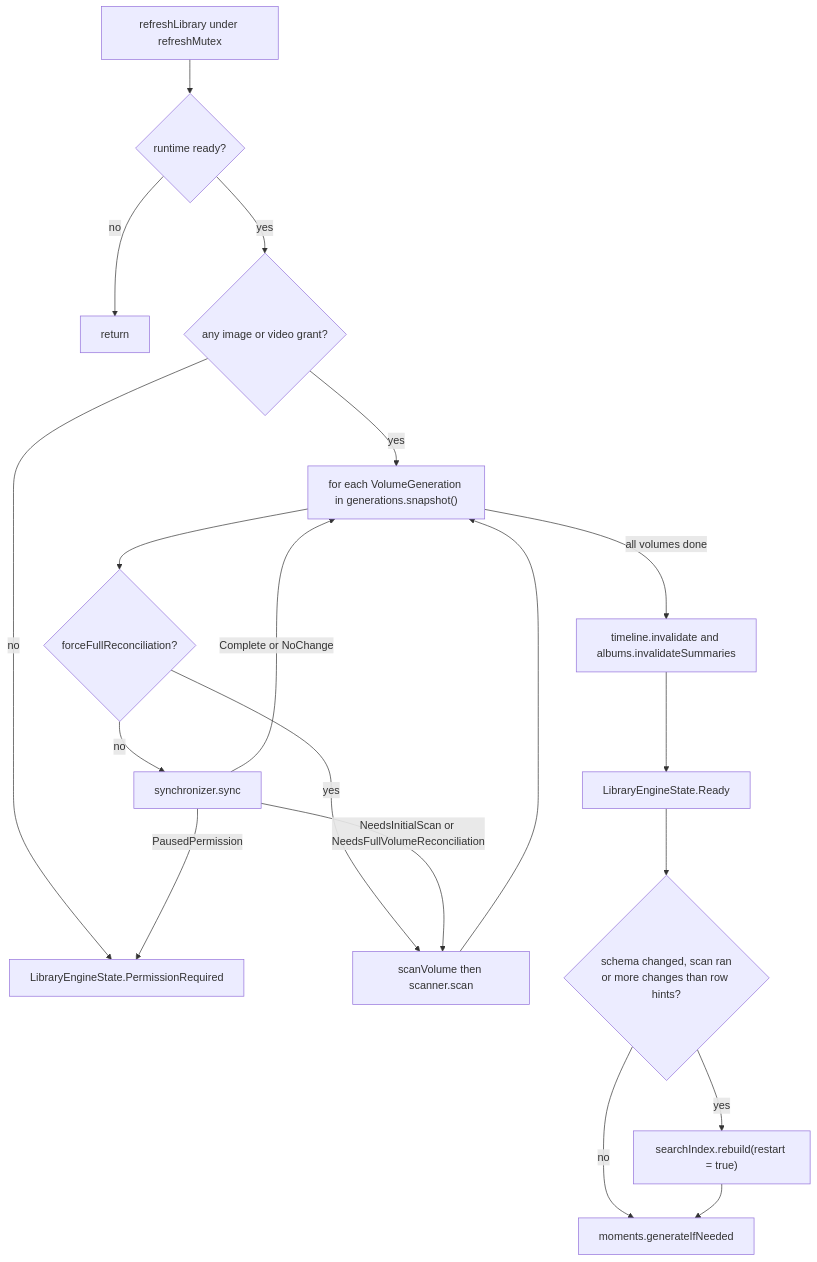
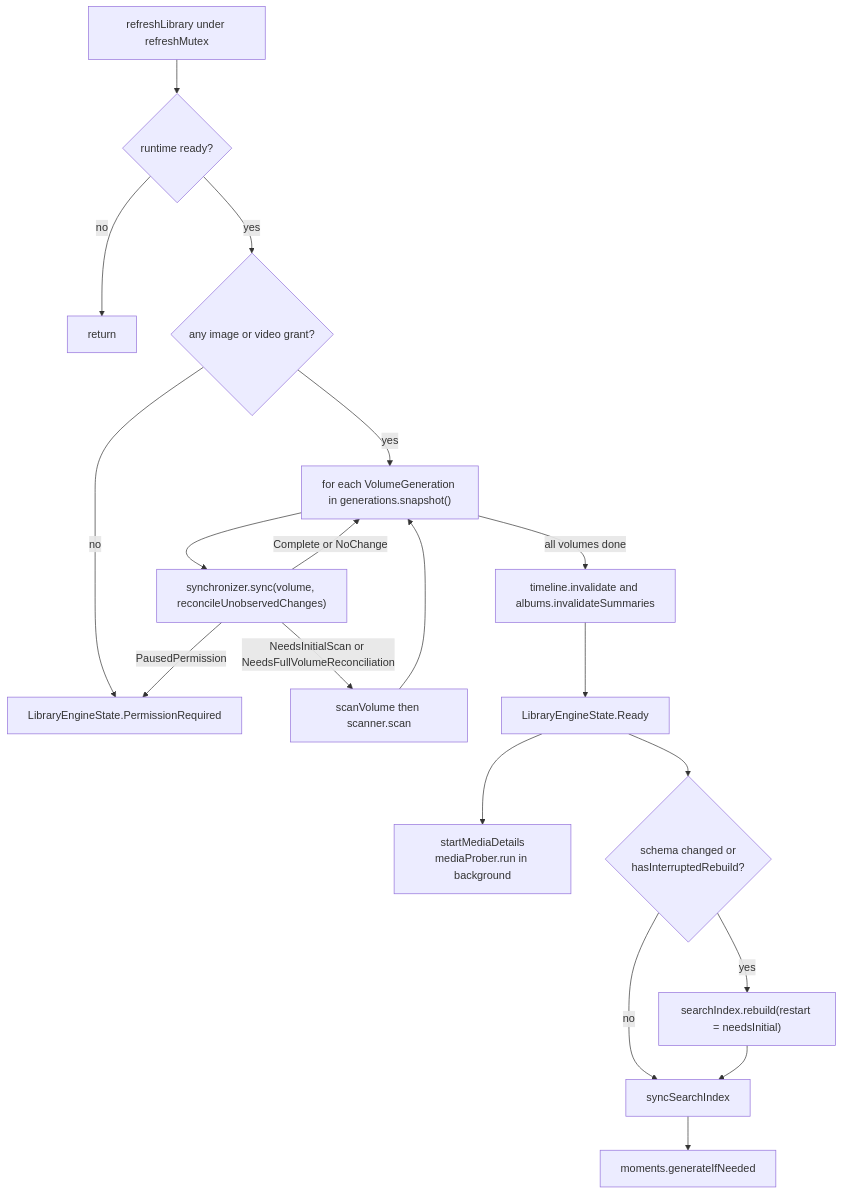
One commit to LibreStatic/lightforge changed the fourth of 5 diagrams in docs/flows/library-sync.md. Above: the diagram before and after it, drawn with Mermaid. The commit also changed other lines of this file and 20 other files, not shown here.

First line of the commit message:
docs(adr): amend ADRs to match the code and refresh sync flows

````diff
--- a/docs/flows/library-sync.md
+++ b/docs/flows/library-sync.md
@@ -68,21 +98,21 @@
 ```mermaid
 flowchart TD
     R["refreshLibrary under refreshMutex"] --> RT{"runtime ready?"}
     RT -->|no| Stop["return"]
     RT -->|yes| G{"any image or video grant?"}
     G -->|no| PR["LibraryEngineState.PermissionRequired"]
     G -->|yes| V["for each VolumeGeneration in generations.snapshot()"]
-    V --> F{"forceFullReconciliation?"}
-    F -->|yes| Scan["scanVolume then scanner.scan"]
-    F -->|no| S["synchronizer.sync"]
-    S -->|"NeedsInitialScan or NeedsFullVolumeReconciliation"| Scan
+    V --> S["synchronizer.sync(volume, reconcileUnobservedChanges)"]
+    S -->|"NeedsInitialScan or NeedsFullVolumeReconciliation"| Scan["scanVolume then scanner.scan"]
     S -->|"Complete or NoChange"| V
     S -->|PausedPermission| PR
     Scan --> V
     V -->|"all volumes done"| Inv["timeline.invalidate and albums.invalidateSummaries"]
     Inv --> Ready["LibraryEngineState.Ready"]
-    Ready --> Q{"schema changed, scan ran<br/>or more changes than row hints?"}
-    Q -->|yes| Rb["searchIndex.rebuild(restart = true)"]
-    Q -->|no| M["moments.generateIfNeeded"]
-    Rb --> M
+    Ready --> MD["startMediaDetails<br/>mediaProber.run in background"]
+    Ready --> Q{"schema changed or<br/>hasInterruptedRebuild?"}
+    Q -->|yes| Rb["searchIndex.rebuild(restart = needsInitial)"]
+    Q -->|no| Sy["syncSearchIndex"]
+    Rb --> Sy
+    Sy --> Mo["moments.generateIfNeeded"]
 ```
````
